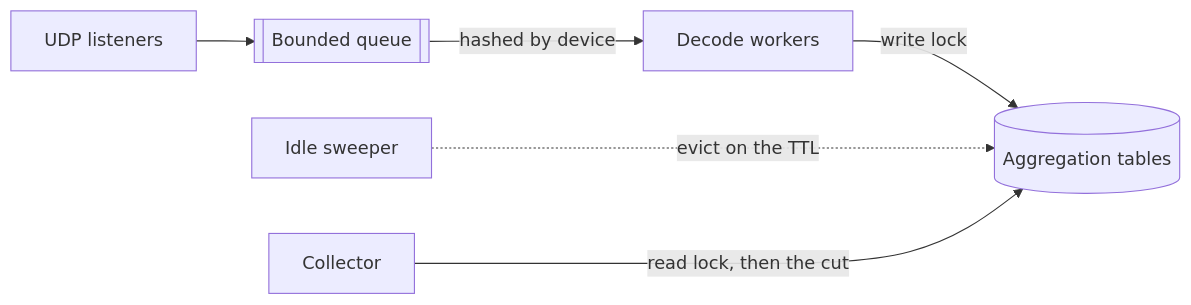
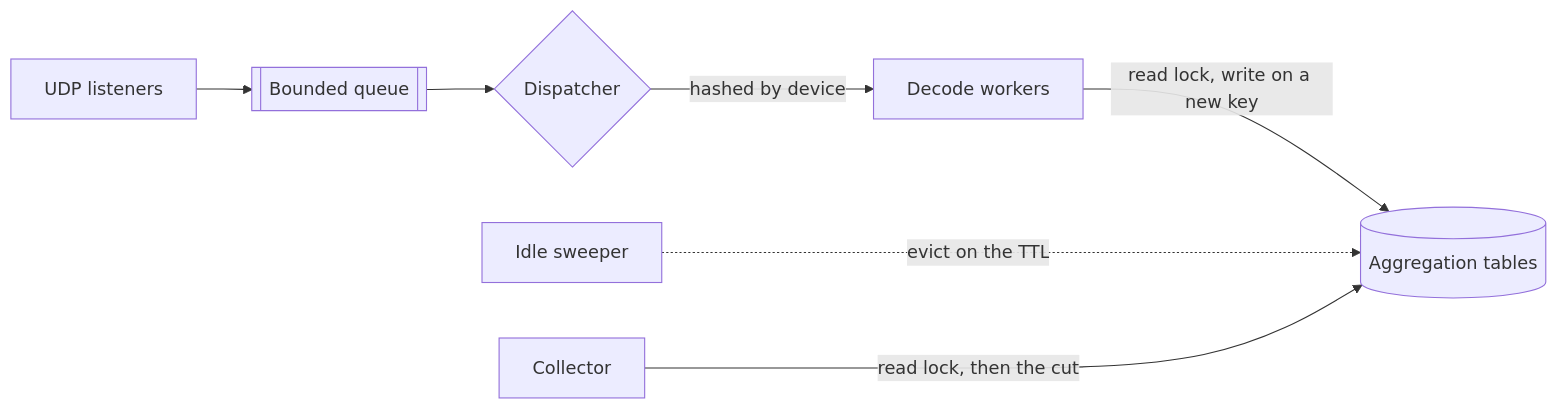
The diagram in docs/architecture.md (umatare5/xflow-exporter), drawn with Mermaid before and after one commit. The commit also changed other lines of this file and 13 other files, not shown here.

````diff
--- a/docs/architecture.md
+++ b/docs/architecture.md
@@ -11,8 +9,9 @@
 ```mermaid
 flowchart LR
     L["UDP listeners"] --> Q[["Bounded queue"]]
-    Q -- "hashed by device" --> W["Decode workers"]
-    W -- "write lock" --> T[("Aggregation tables")]
+    Q --> D{"Dispatcher"}
+    D -- "hashed by device" --> W["Decode workers"]
+    W -- "read lock, write on a new key" --> T[("Aggregation tables")]
     SW["Idle sweeper"] -. "evict on the TTL" ..-> T
     COL["Collector"] -- "read lock, then the cut" ---> T
 ```
````
